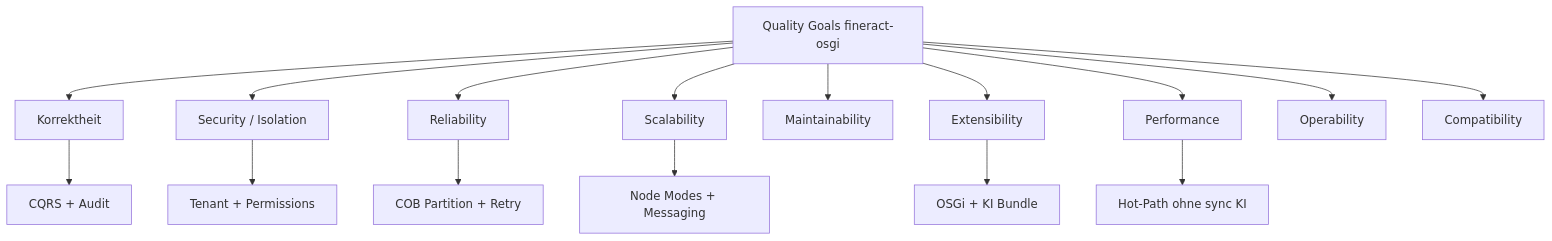
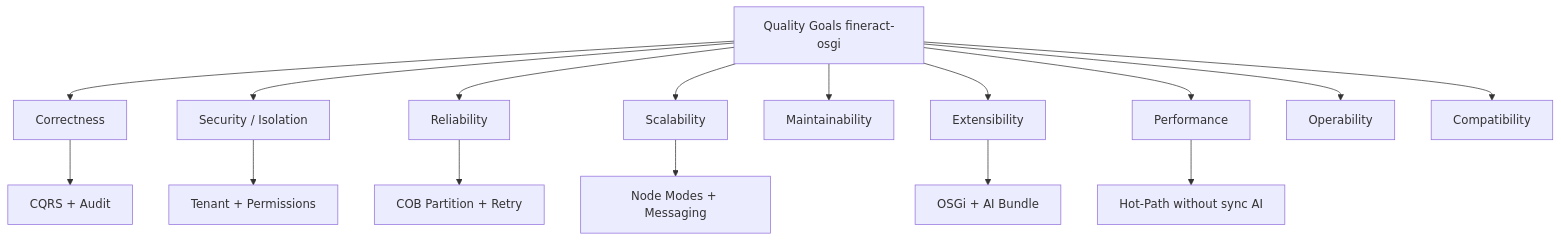
One commit to RainerMaxWallscheid/fineract-osgi changed the first of 3 diagrams in docs/arc42/07_quality_attributes.md. Above: the diagram before and after it, drawn with Mermaid. The commit also changed other lines of this file and 38 other files, not shown here.

````diff
--- a/docs/arc42/07_quality_attributes.md
+++ b/docs/arc42/07_quality_attributes.md
@@ -32,20 +32,20 @@
 ```mermaid
 flowchart TB
     Q[Quality Goals fineract-osgi]
-    Q --> C[Korrektheit]
+    Q --> C[Correctness]
     Q --> S[Security / Isolation]
     Q --> R[Reliability]
     Q --> SC[Scalability]
     Q --> M[Maintainability]
     Q --> E[Extensibility]
     Q --> P[Performance]
     Q --> O[Operability]
     Q --> K[Compatibility]
 
     C --> C1[CQRS + Audit]
     S --> S1[Tenant + Permissions]
     R --> R1[COB Partition + Retry]
     SC --> SC1[Node Modes + Messaging]
-    E --> E1[OSGi + KI Bundle]
-    P --> P1[Hot-Path ohne sync KI]
+    E --> E1[OSGi + AI Bundle]
+    P --> P1[Hot-Path without sync AI]
 ```
````
